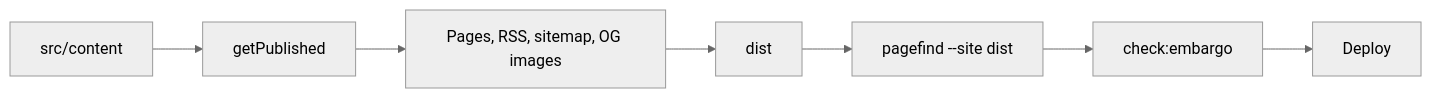
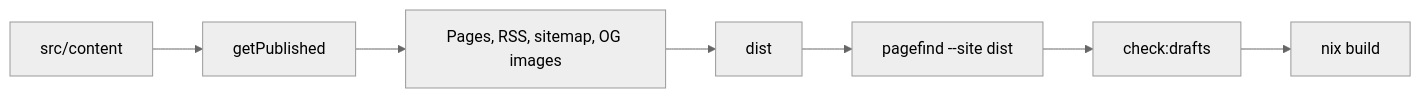
One commit to Chiloute/cyber-blog changed the diagram in README.md. Above: the diagram before and after it, drawn with Mermaid (neutral theme). The commit also changed other lines of this file and 13 other files, not shown here.

````diff
--- a/README.md
+++ b/README.md
@@ -25,9 +25,9 @@
 ```mermaid
 flowchart LR
   C[src/content] --> G[getPublished]
   G --> P[Pages, RSS, sitemap, OG images]
   P --> D[dist]
   D --> F[pagefind --site dist]
-  F --> E[check:embargo]
-  E --> H[Deploy]
+  F --> E[check:drafts]
+  E --> H[nix build]
 ```
````
